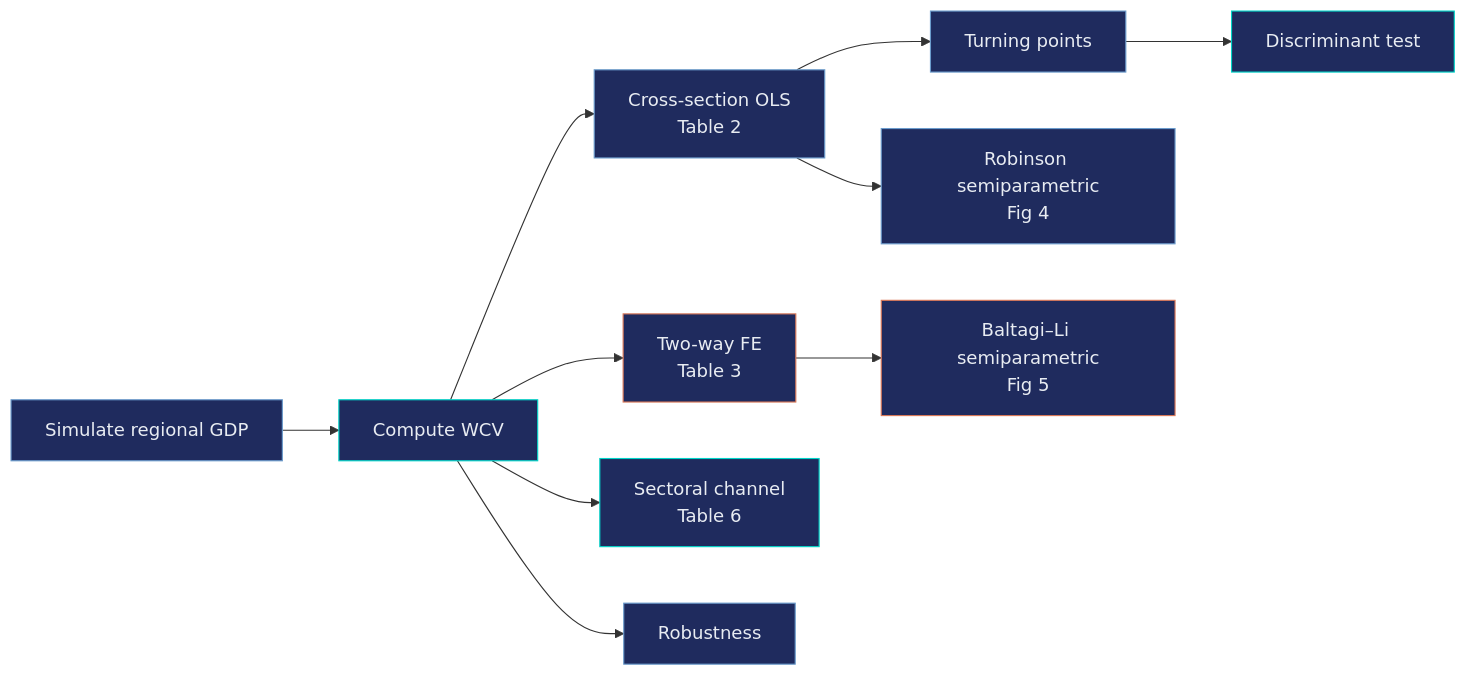
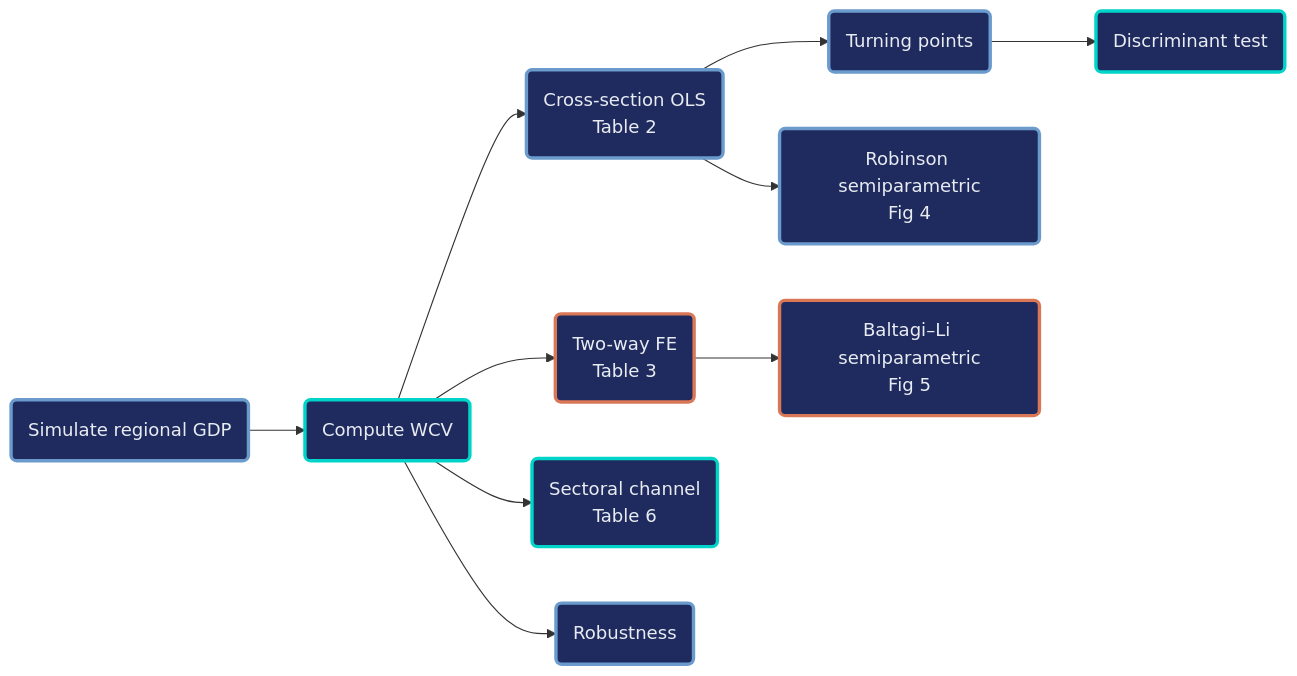
The diagram in content/post/r_kuznets/index.md (cmg777/starter-academic-v501), drawn with Mermaid before and after one commit. The commit also changed 13 other files, not shown here.

First line of the commit message:
content(mermaid): restyle flowcharts in R posts

````diff
--- a/content/post/r_kuznets/index.md
+++ b/content/post/r_kuznets/index.md
@@ -86,22 +86,18 @@
 ```mermaid
 graph LR
-    A["Simulate regional GDP"] --> B["Compute WCV"]
-    B --> C["Cross-section OLS<br/>Table 2"]
-    B --> D["Two-way FE<br/>Table 3"]
-    C --> E["Turning points"]
-    E --> J["Discriminant test"]
-    C --> F["Robinson semiparametric<br/>Fig 4"]
-    D --> G["Baltagi–Li semiparametric<br/>Fig 5"]
-    B --> H["Sectoral channel<br/>Table 6"]
-    B --> I["Robustness"]
-    style A fill:#1f2b5e,stroke:#6a9bcc,color:#e8ecf2
-    style J fill:#1f2b5e,stroke:#00d4c8,color:#e8ecf2
-    style B fill:#1f2b5e,stroke:#00d4c8,color:#e8ecf2
-    style C fill:#1f2b5e,stroke:#6a9bcc,color:#e8ecf2
-    style D fill:#1f2b5e,stroke:#d97757,color:#e8ecf2
-    style E fill:#1f2b5e,stroke:#6a9bcc,color:#e8ecf2
-    style F fill:#1f2b5e,stroke:#6a9bcc,color:#e8ecf2
-    style G fill:#1f2b5e,stroke:#d97757,color:#e8ecf2
-    style H fill:#1f2b5e,stroke:#00d4c8,color:#e8ecf2
-    style I fill:#1f2b5e,stroke:#6a9bcc,color:#e8ecf2
+    A("Simulate regional GDP") --> B("Compute WCV")
+    B --> C("Cross-section OLS<br/>Table 2")
+    B --> D("Two-way FE<br/>Table 3")
+    C --> E("Turning points")
+    E --> J("Discriminant test")
+    C --> F("Robinson semiparametric<br/>Fig 4")
+    D --> G("Baltagi–Li semiparametric<br/>Fig 5")
+    B --> H("Sectoral channel<br/>Table 6")
+    B --> I("Robustness")
+    classDef blue fill:#1f2b5e,stroke:#6a9bcc,stroke-width:3px,color:#e8ecf2
+    classDef teal fill:#1f2b5e,stroke:#00d4c8,stroke-width:3px,color:#e8ecf2
+    classDef orange fill:#1f2b5e,stroke:#d97757,stroke-width:3px,color:#e8ecf2
+    class A,C,E,F,I blue
+    class B,J,H teal
+    class D,G orange
 ```
````
